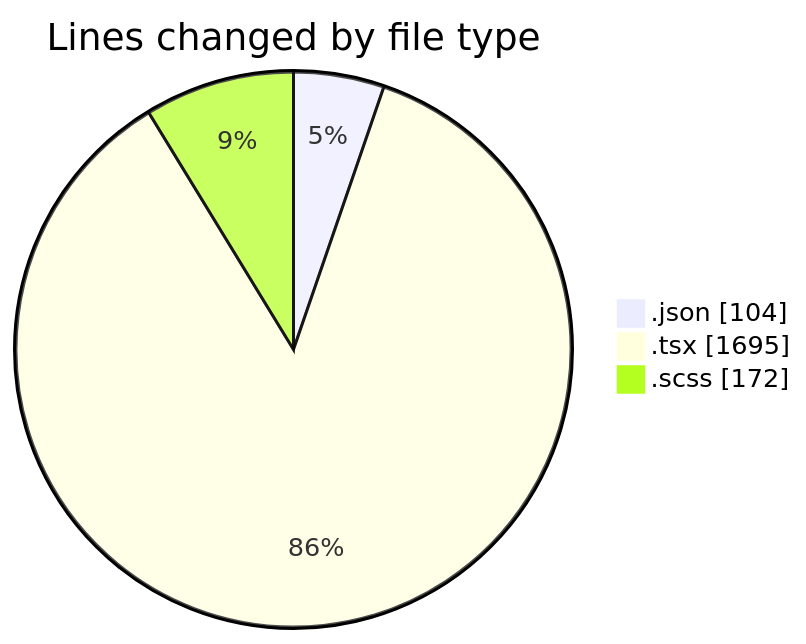
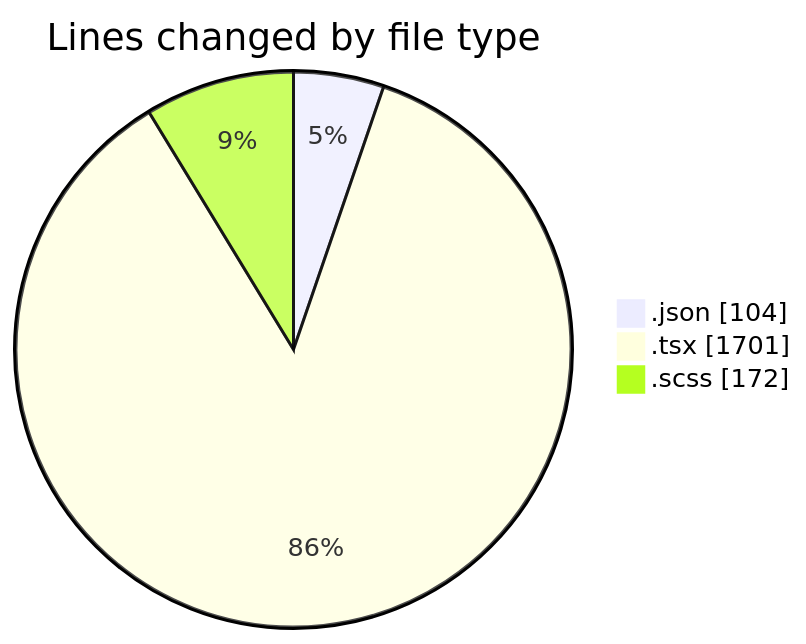
Before and after one commit to momahboobian/code-tracking: the first of 2 diagrams in 2025-08-20/cda/README.md, drawn with Mermaid. The commit also changed other lines of this file and 1 other file, not shown here.

````diff
--- a/2025-08-20/cda/README.md
+++ b/2025-08-20/cda/README.md
@@ -26,7 +26,7 @@
 ```mermaid
 pie showData
 title Lines changed by file type
 ".json" : 104
-".tsx" : 1695
+".tsx" : 1701
 ".scss" : 172
 ```
````
